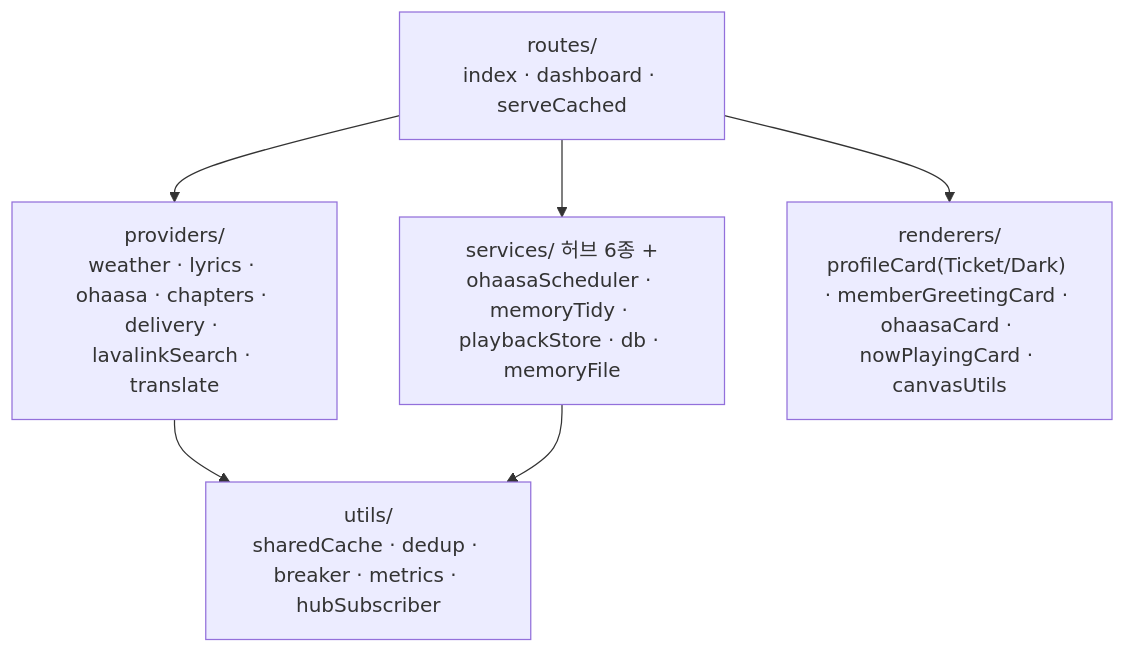
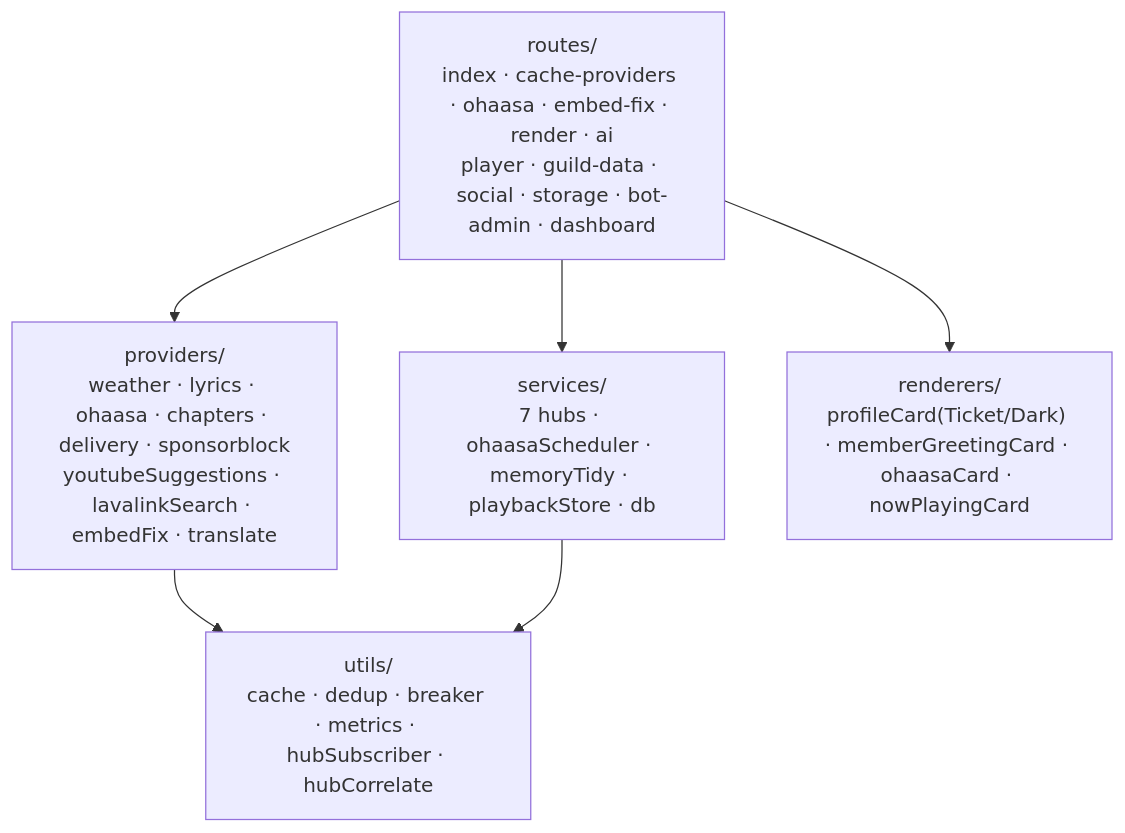
The third of 10 diagrams in docs/architecture.md (mochilabs/SiruBOT), drawn with Mermaid before and after one commit. The commit also changed other lines of this file and 63 other files, not shown here.

````diff
--- a/docs/architecture.md
+++ b/docs/architecture.md
@@ -189,8 +195,8 @@
 ```mermaid
 graph TB
-    R1["routes/<br/>index · dashboard · serveCached"] --> P["providers/<br/>weather · lyrics · ohaasa · chapters · delivery · lavalinkSearch · translate"]
-    R1 --> S["services/ 허브 6종 +<br/>ohaasaScheduler · memoryTidy · playbackStore · db · memoryFile"]
-    R1 --> RD["renderers/<br/>profileCard(Ticket/Dark) · memberGreetingCard · ohaasaCard · nowPlayingCard · canvasUtils"]
-    P --> U["utils/<br/>sharedCache · dedup · breaker · metrics · hubSubscriber"]
+    R1["routes/<br/>index · cache-providers · ohaasa · embed-fix · render · ai<br/>player · guild-data · social · storage · bot-admin · dashboard"] --> P["providers/<br/>weather · lyrics · ohaasa · chapters · delivery · sponsorblock<br/>youtubeSuggestions · lavalinkSearch · embedFix · translate"]
+    R1 --> S["services/<br/>7 hubs · ohaasaScheduler · memoryTidy · playbackStore · db"]
+    R1 --> RD["renderers/<br/>profileCard(Ticket/Dark) · memberGreetingCard · ohaasaCard · nowPlayingCard"]
+    P --> U["utils/<br/>cache · dedup · breaker · metrics · hubSubscriber · hubCorrelate"]
     S --> U
 ```
````
